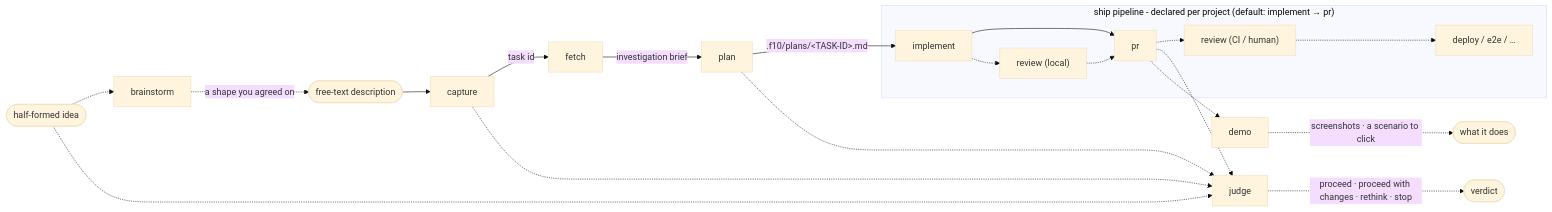
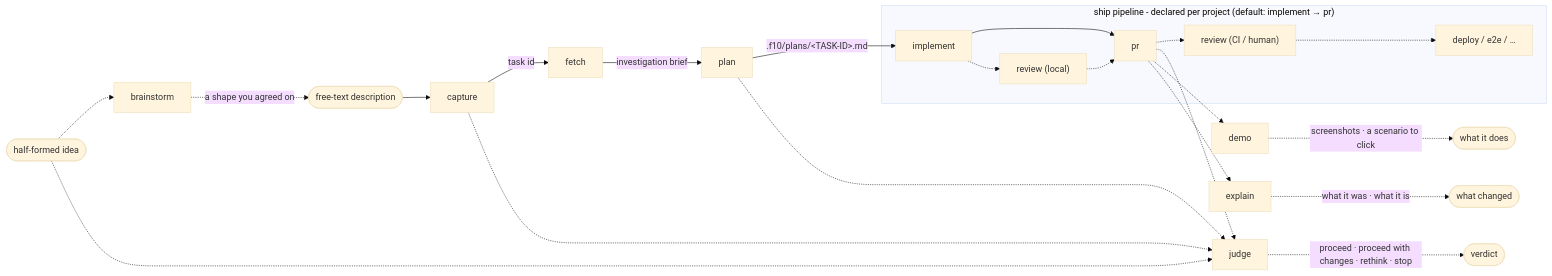
Before and after one commit to amberpixels/f10: the first of 2 diagrams in README.md, drawn with Mermaid (base theme). The commit also changed other lines of this file and 3 other files, not shown here.

````diff
--- a/README.md
+++ b/README.md
@@ -33,21 +30,23 @@
 ```mermaid
 flowchart LR
     idea(["half-formed idea"]) -.-> brain[brainstorm]
     brain -.->|"a shape you agreed on"| desc
     desc(["free-text description"]) --> capSt[capture]
     capSt -->|task id| fetch[fetch]
     fetch -->|investigation brief| plan[plan]
     plan -->|".f10/plans/&lt;TASK-ID&gt;.md"| implement
     subgraph shippipe ["ship pipeline - declared per project (default: implement → pr)"]
         implement[implement] --> pr[pr]
         implement -.-> revL["review (local)"] -.-> pr
         pr -.-> revC["review (CI / human)"] -.-> deploy["deploy / e2e / …"]
     end
     idea -.-> judge[judge]
     capSt -.-> judge
     plan -.-> judge
     pr -.-> judge
     judge -.->|"proceed · proceed with changes · rethink · stop"| verdict(["verdict"])
     pr -.-> demo[demo]
     demo -.->|"screenshots · a scenario to click"| evidence(["what it does"])
+    pr -.-> expl[explain]
+    expl -.->|"what it was · what it is"| told(["what changed"])
 ```
````
